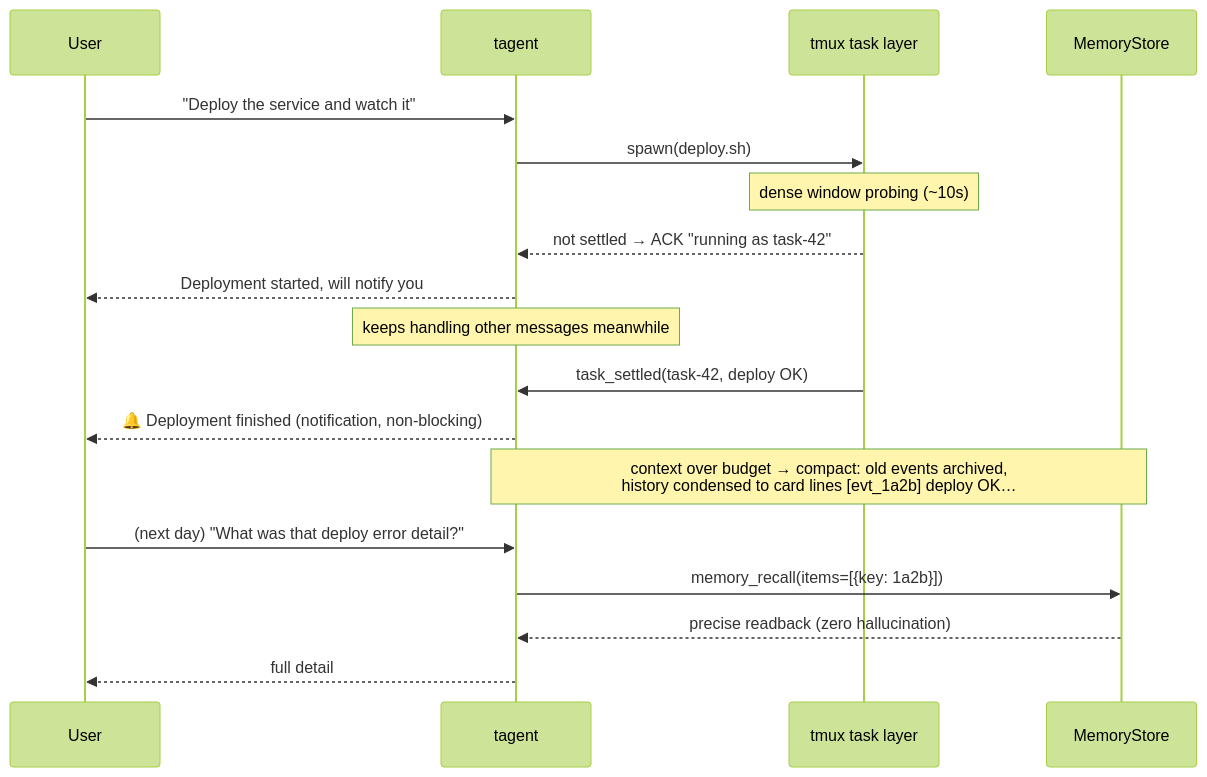
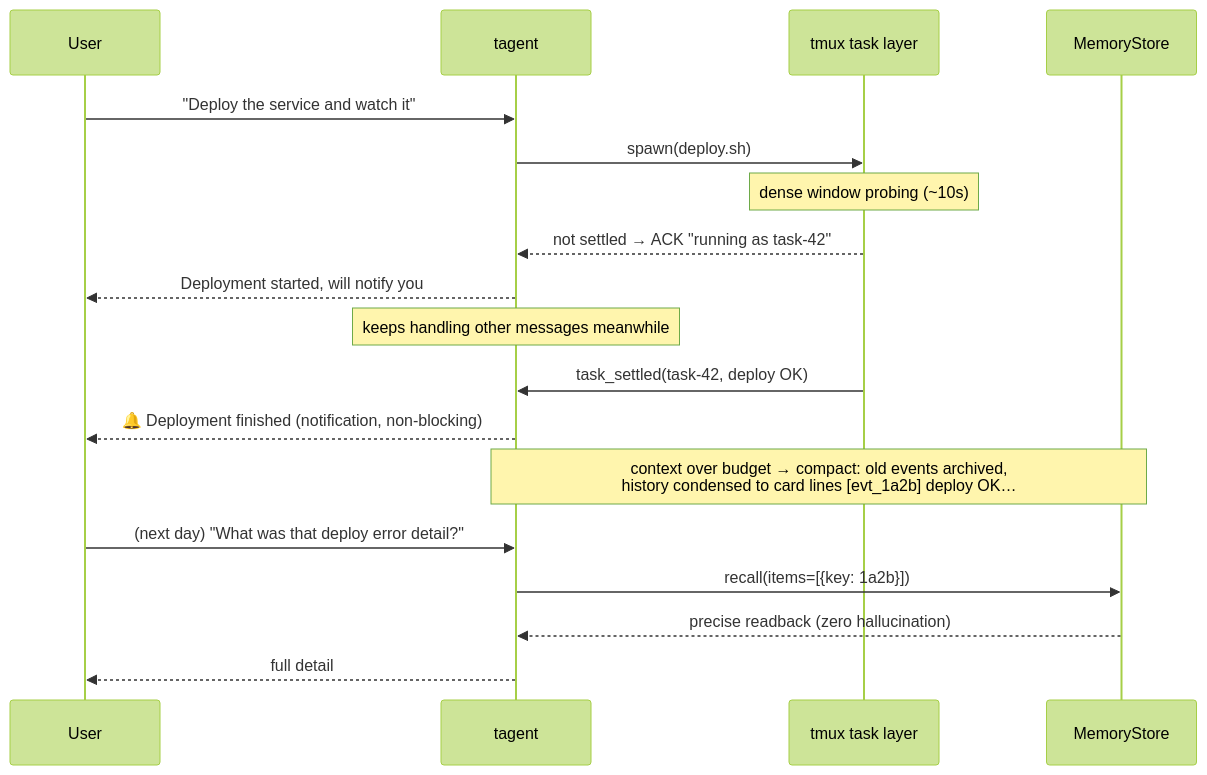
Before and after one commit to SpellingDragon/tagent: the first of 5 diagrams in README_EN.md, drawn with Mermaid (forest theme). The commit also changed other lines of this file and 27 other files, not shown here.

````diff
--- a/README_EN.md
+++ b/README_EN.md
@@ -24,21 +24,21 @@
 ```mermaid
 sequenceDiagram
     participant U as User
     participant T as tagent
     participant X as tmux task layer
     participant M as MemoryStore
 
     U->>T: "Deploy the service and watch it"
     T->>X: spawn(deploy.sh)
     Note over X: dense window probing (~10s)
     X-->>T: not settled → ACK "running as task-42"
     T-->>U: Deployment started, will notify you
     Note over T: keeps handling other messages meanwhile
     X->>T: task_settled(task-42, deploy OK)
     T-->>U: 🔔 Deployment finished (notification, non-blocking)
     Note over T,M: context over budget → compact: old events archived,<br/>history condensed to card lines [evt_1a2b] deploy OK…
     U->>T: (next day) "What was that deploy error detail?"
-    T->>M: memory_recall(items=[{key: 1a2b}])
+    T->>M: recall(items=[{key: 1a2b}])
     M-->>T: precise readback (zero hallucination)
     T-->>U: full detail
 ```
````
